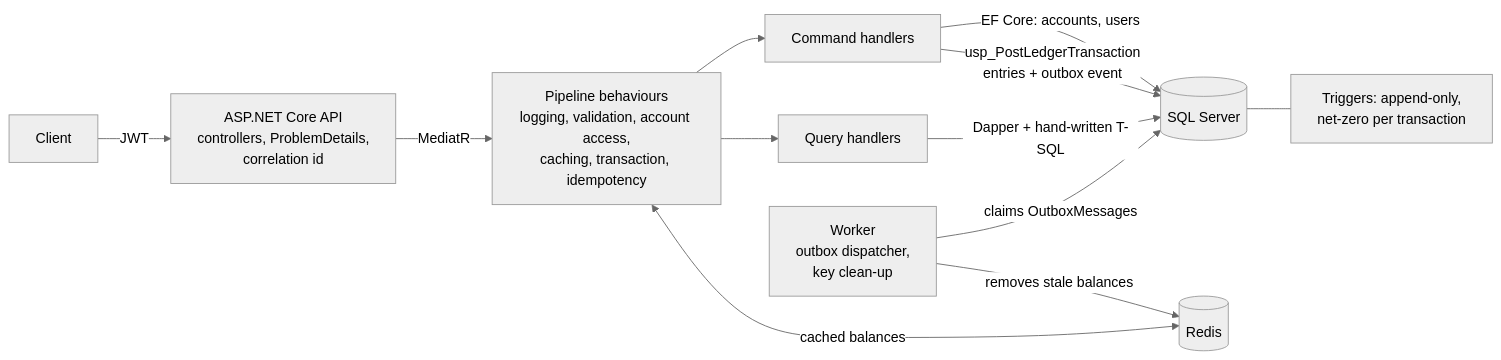
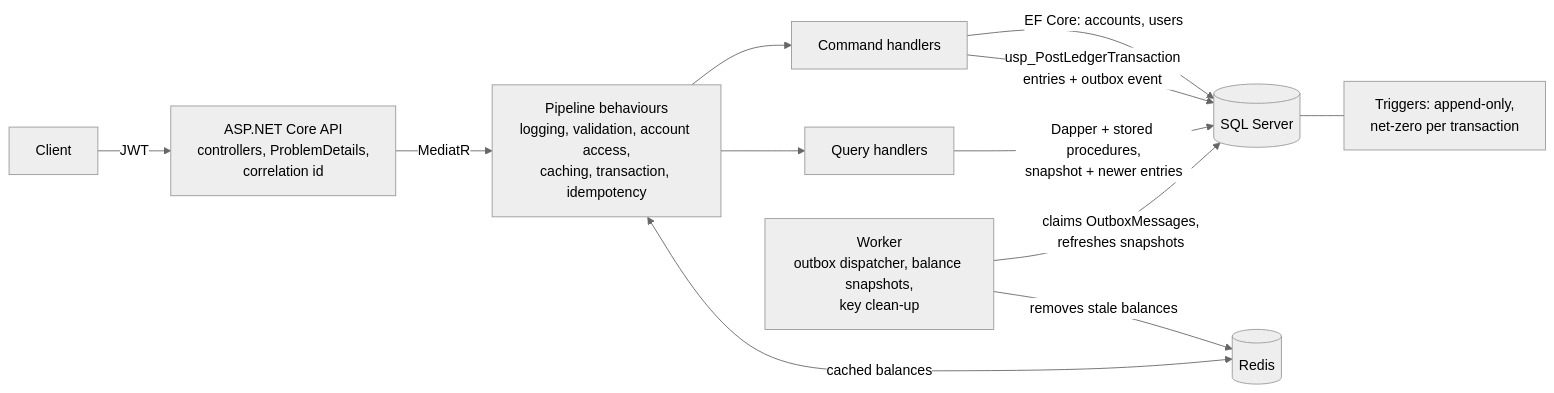
The diagram in README.md (aymankuy/LedgerCore), drawn with Mermaid (neutral theme) before and after one commit. The commit also changed other lines of this file and 4 other files, not shown here.

First line of the commit message:
docs: report Phase 4 performance and update the README, architecture and plan

````diff
--- a/README.md
+++ b/README.md
@@ -11,14 +11,14 @@
 ```mermaid
 flowchart LR
     Client -->|JWT| Api[ASP.NET Core API<br/>controllers, ProblemDetails,<br/>correlation id]
     Api -->|MediatR| Pipeline[Pipeline behaviours<br/>logging, validation, account access,<br/>caching, transaction, idempotency]
     Pipeline --> Commands[Command handlers]
     Pipeline --> Queries[Query handlers]
     Pipeline <-->|cached balances| Redis[(Redis)]
     Commands -->|EF Core: accounts, users| Db[(SQL Server)]
     Commands -->|usp_PostLedgerTransaction<br/>entries + outbox event| Db
-    Queries -->|Dapper + hand-written T-SQL| Db
+    Queries -->|Dapper + stored procedures,<br/>snapshot + newer entries| Db
     Db --- Rules[Triggers: append-only,<br/>net-zero per transaction]
-    Worker[Worker<br/>outbox dispatcher,<br/>key clean-up] -->|claims OutboxMessages| Db
+    Worker[Worker<br/>outbox dispatcher, balance snapshots,<br/>key clean-up] -->|claims OutboxMessages,<br/>refreshes snapshots| Db
     Worker -->|removes stale balances| Redis
 ```
````
